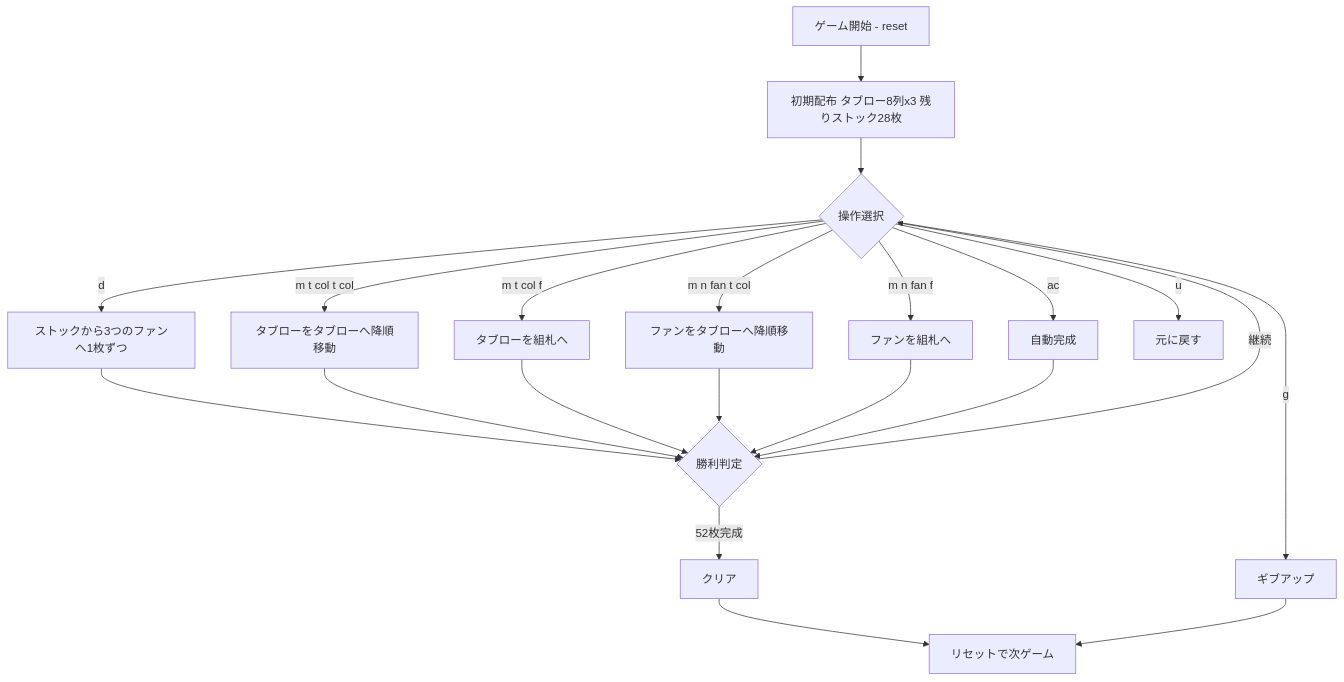
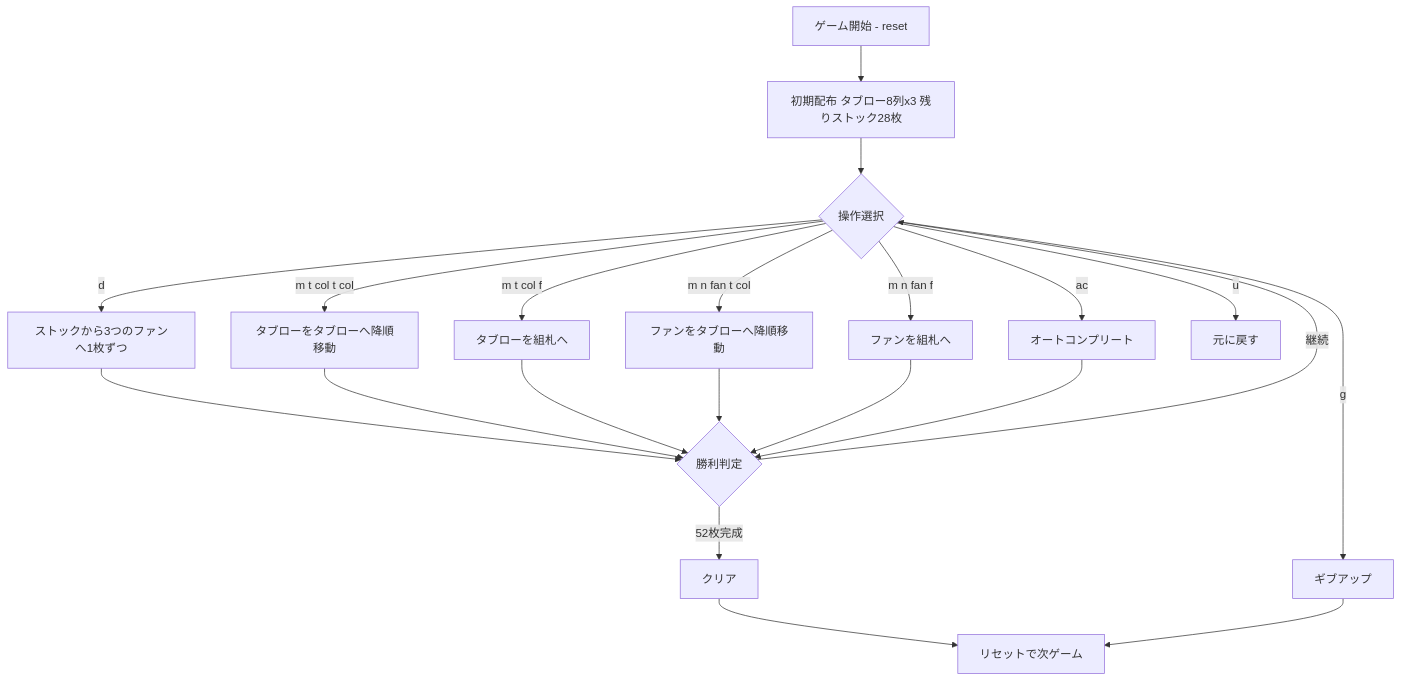
The diagram in docs/manual/cui/bristol.md (yuta-yoshinaga/go_trumpcards), drawn with Mermaid before and after one commit. The commit also changed other lines of this file and 115 other files, not shown here.

````diff
--- a/docs/manual/cui/bristol.md
+++ b/docs/manual/cui/bristol.md
@@ -25,23 +25,23 @@
 ```mermaid
 flowchart TD
     A[ゲーム開始 - reset] --> B[初期配布 タブロー8列x3 残りストック28枚]
     B --> C{操作選択}
     C -->|d| D[ストックから3つのファンへ1枚ずつ]
     C -->|m t col t col| E[タブローをタブローへ降順移動]
     C -->|m t col f| F[タブローを組札へ]
     C -->|m n fan t col| G[ファンをタブローへ降順移動]
     C -->|m n fan f| H[ファンを組札へ]
-    C -->|ac| I[自動完成]
+    C -->|ac| I[オートコンプリート]
     C -->|u| J[元に戻す]
     D --> K{勝利判定}
     E --> K
     F --> K
     G --> K
     H --> K
     I --> K
     K -->|52枚完成| L[クリア]
     K -->|継続| C
     C -->|g| M[ギブアップ]
     L --> N[リセットで次ゲーム]
     M --> N
 ```
````
